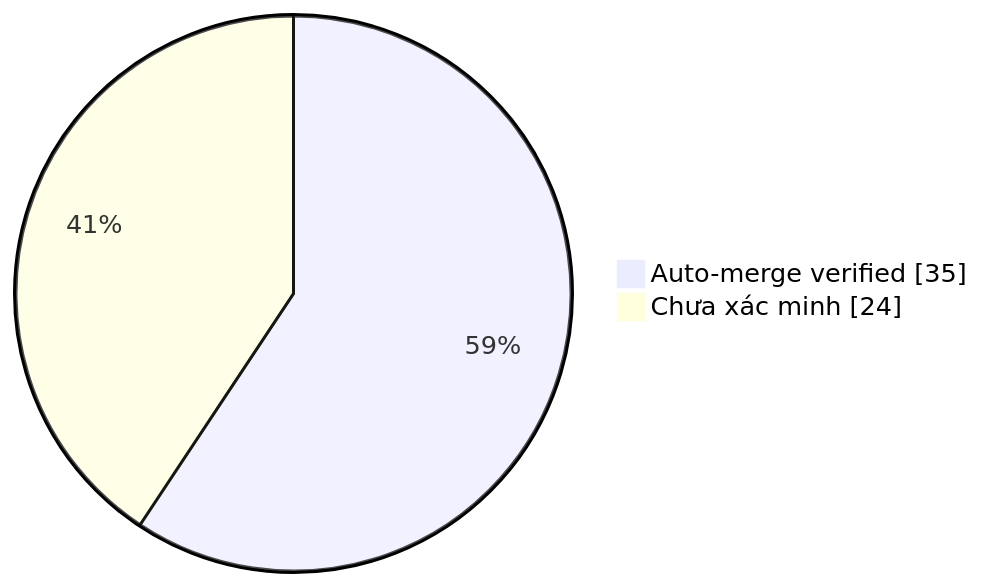
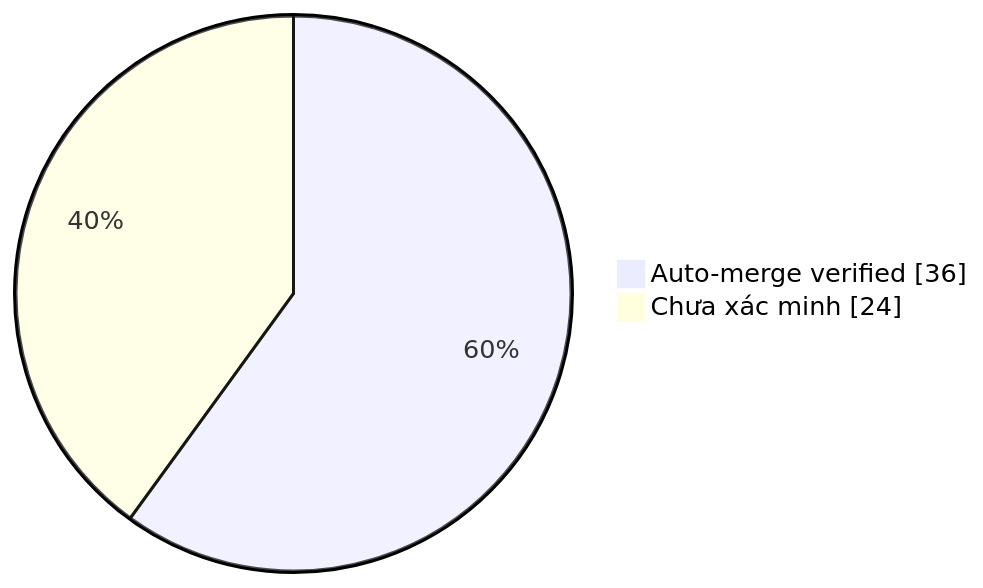
One commit to duykhang68/tetdinhmuiblog changed the diagram in collector.md. Above: the diagram before and after it, drawn with Mermaid. The commit also changed other lines of this file and 1 other file, not shown here.

Commit message:
docs(collector): update auto-merge evidence dashboard

````diff
--- a/collector.md
+++ b/collector.md
@@ -22,5 +22,5 @@
 ```mermaid
 pie showData
-    "Auto-merge verified" : 35
+    "Auto-merge verified" : 36
     "Chưa xác minh" : 24
 ```
````
